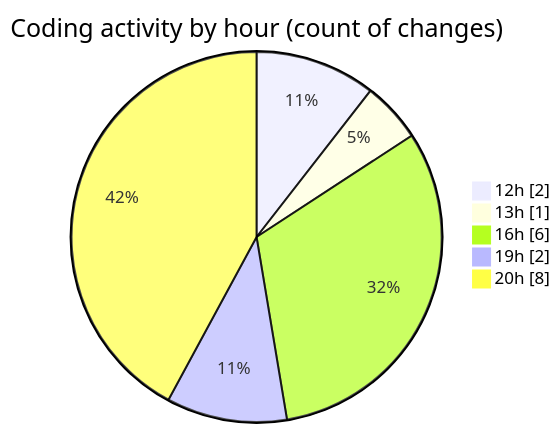
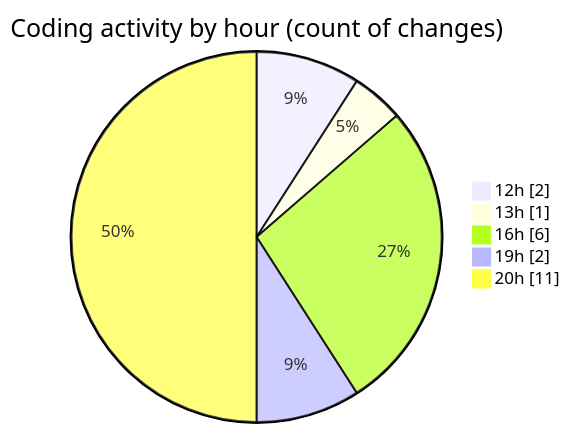
Before and after one commit to EIIisD/code-tracking: the second of 2 diagrams in 2025-08-03/macrowhisper/README.md, drawn with Mermaid. The commit also changed other lines of this file and 1 other file, not shown here.

````diff
--- a/2025-08-03/macrowhisper/README.md
+++ b/2025-08-03/macrowhisper/README.md
@@ -32,9 +34,9 @@
 ```mermaid
 pie showData
 title Coding activity by hour (count of changes)
 "12h" : 2
 "13h" : 1
 "16h" : 6
 "19h" : 2
-"20h" : 8
+"20h" : 11
 ```
````
